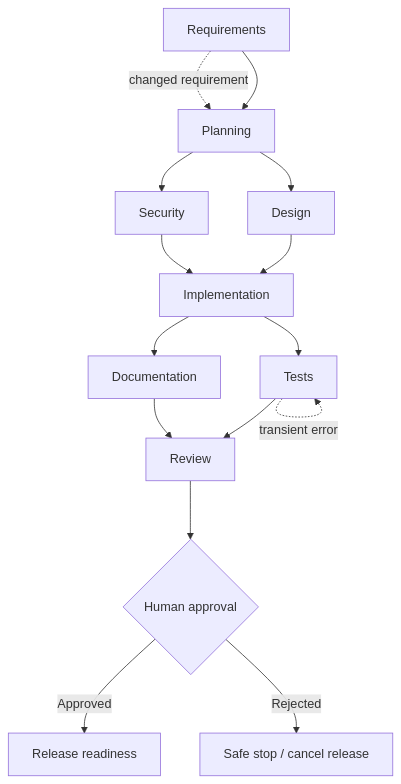
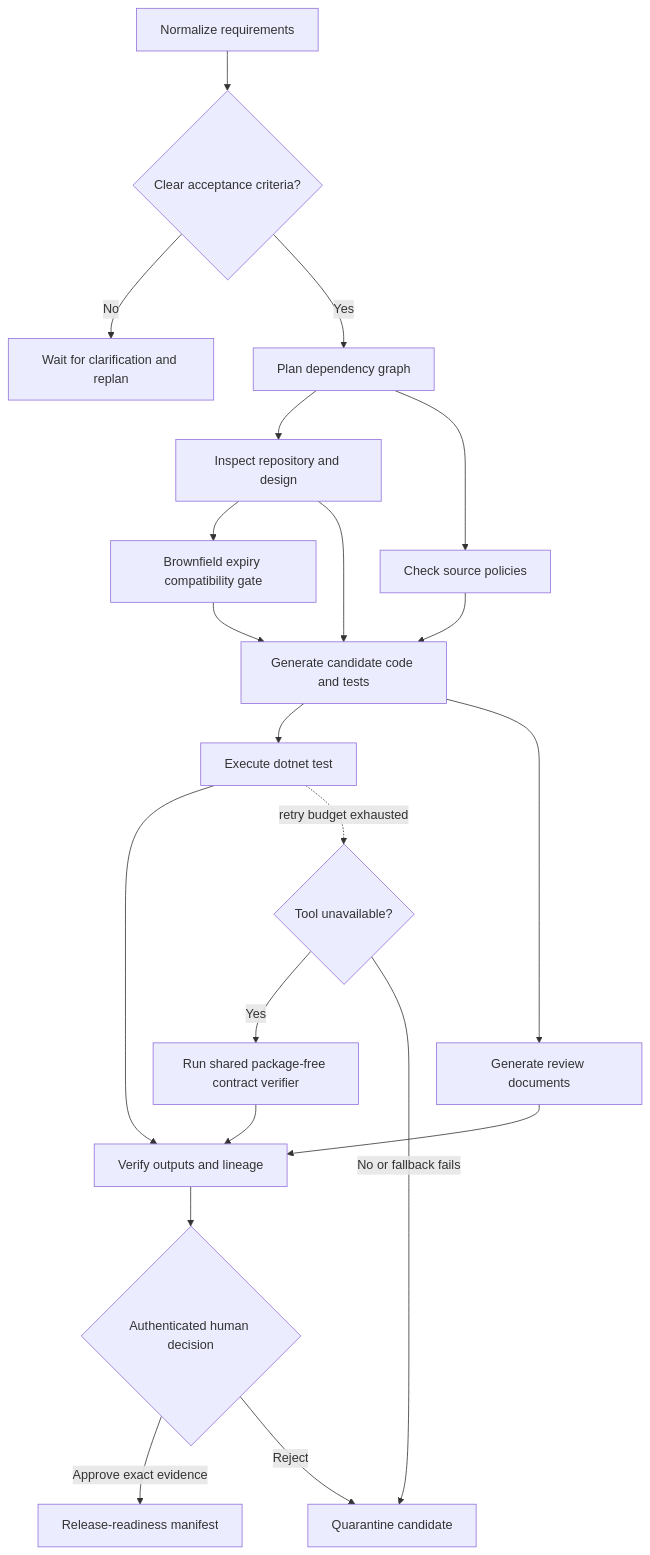
The diagram in README.md (navsoftechsolutions-afk/agentic-url-shortener), drawn with Mermaid before and after one commit. The commit also changed other lines of this file and 34 other files, not shown here.

Commit message:
Execute governed engineering workflows with real candidate validation

````diff
--- a/README.md
+++ b/README.md
@@ -42,17 +93,23 @@
 ```mermaid
 flowchart TD
-  R[Requirements] --> P[Planning]
-  P --> D[Design]
-  P --> S[Security]
-  D --> I[Implementation]
+  R[Normalize requirements] --> Q{Clear acceptance criteria?}
+  Q -->|No| C[Wait for clarification and replan]
+  Q -->|Yes| P[Plan dependency graph]
+  P --> D[Inspect repository and design]
+  P --> S[Check source policies]
+  D --> M[Brownfield expiry compatibility gate]
+  D --> I[Generate candidate code and tests]
   S --> I
-  I --> T[Tests]
-  I --> DOC[Documentation]
-  T --> REV[Review]
+  M --> I
+  I --> T[Execute dotnet test]
+  I --> DOC[Generate review documents]
+  T --> REV[Verify outputs and lineage]
   DOC --> REV
-  REV --> A{Human approval}
-  A -->|Approved| REL[Release readiness]
-  A -->|Rejected| STOP[Safe stop / cancel release]
-  T -. transient error .-> T
-  R -. changed requirement .-> P
+  REV --> A{Authenticated human decision}
+  A -->|Approve exact evidence| REL[Release-readiness manifest]
+  A -->|Reject| STOP[Quarantine candidate]
+  T -. retry budget exhausted .-> F{Tool unavailable?}
+  F -->|Yes| V[Run shared package-free contract verifier]
+  V --> REV
+  F -->|No or fallback fails| STOP
 ```
````
